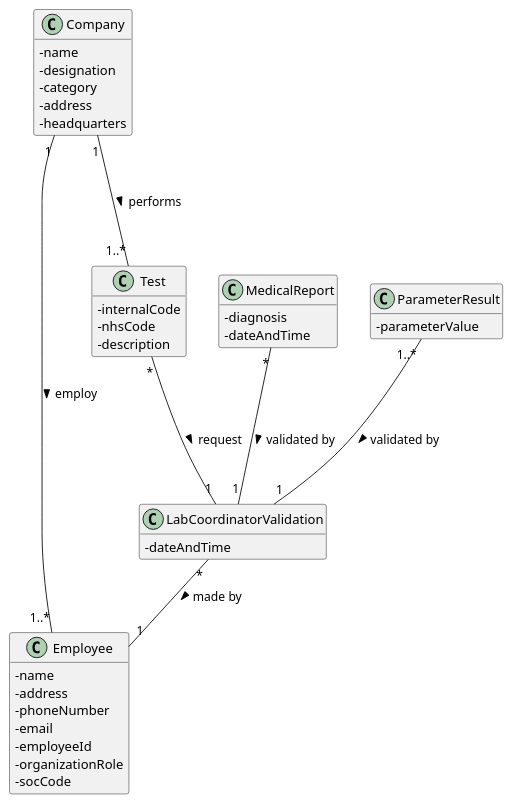
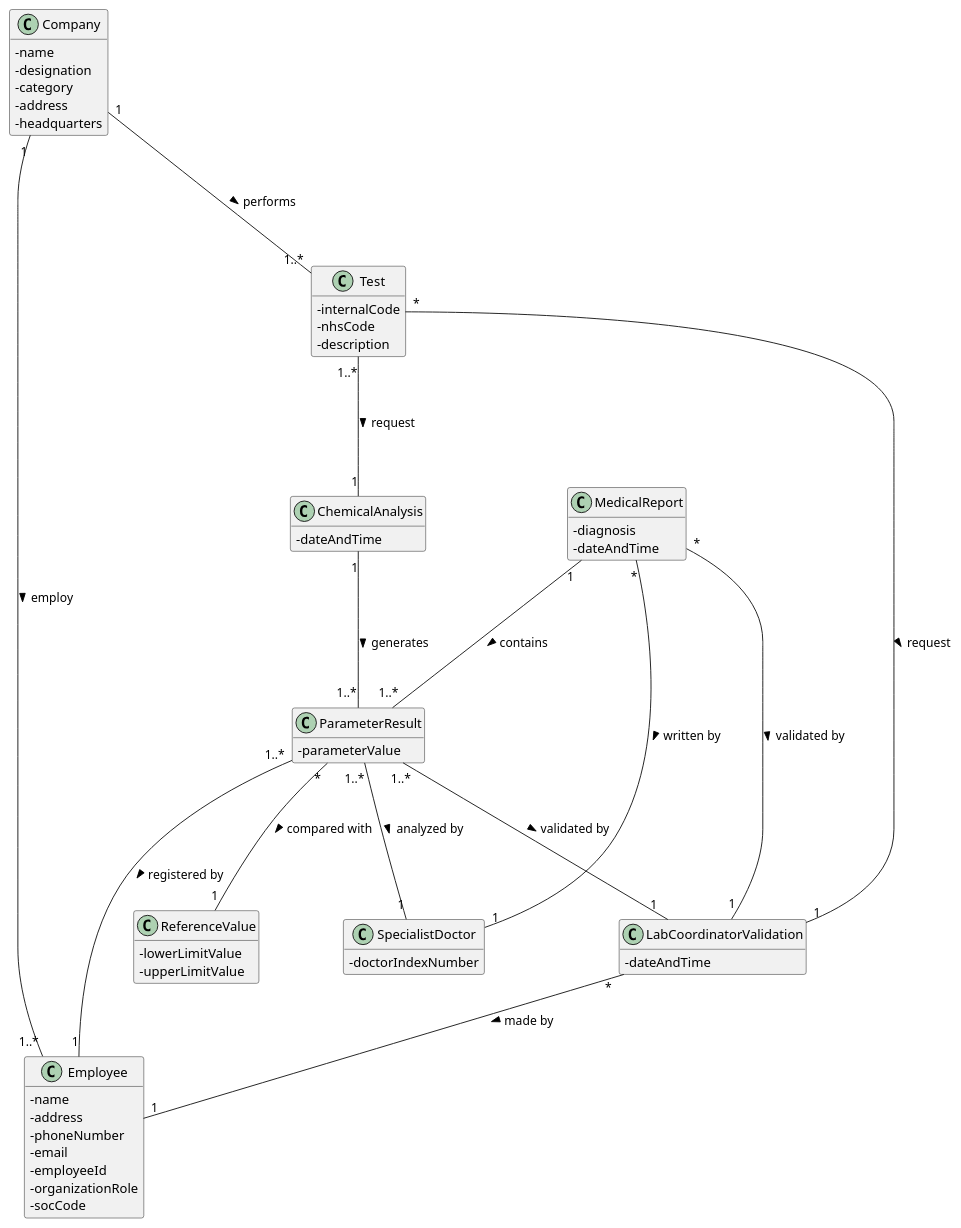
One commit to manu-07-ela/LAPR2_ISEP changed the diagram in docs/SprintC/US15/US15_DM.puml. Above: the diagram before and after it, drawn with PlantUML. The commit also changed 2 other files, not shown here.

```diff
--- a/docs/SprintC/US15/US15_DM.puml
+++ b/docs/SprintC/US15/US15_DM.puml
@@ -1,58 +1,87 @@
 @startuml
 'https://plantuml.com/class-diagram
 hide methods
 skinparam classAttributeIconSize 0
 
 class Company
 class LabCoordinatorValidation
 class Employee
+class ChemicalAnalysis
+class SpecialistDoctor
 class MedicalReport
 class ParameterResult
+class ReferenceValue
 class Test
 
 
 class Company{
 -name
 -designation
 -category
 -address
 -headquarters
 }
 
 class LabCoordinatorValidation {
 -dateAndTime
 }
 
 class Employee {
 -name
 -address
 -phoneNumber
 -email
 -employeeId
 -organizationRole
 -socCode
 }
 
+class ChemicalAnalysis{
+-dateAndTime
+}
+
+class SpecialistDoctor{
+-doctorIndexNumber
+}
+
 class MedicalReport{
 -diagnosis
 -dateAndTime
 }
 
 class ParameterResult{
 -parameterValue
 }
 
+class ReferenceValue{
+-lowerLimitValue
+-upperLimitValue
+}
+
 class Test{
 -internalCode
 -nhsCode
 -description
 }
 
+ChemicalAnalysis "1"---"1..*" ParameterResult: generates >
+
+Company "1"---"1..*" Employee : employ >
 Company "1"---"1..*" Test : performs >
-Company "1"---"1..*" Employee : employ >
-MedicalReport "*"---"1" LabCoordinatorValidation : validated by >
-Test "*" --- "1" LabCoordinatorValidation : request >
-ParameterResult "1..*"---"1" LabCoordinatorValidation : validated by >
+
 LabCoordinatorValidation "*"--"1" Employee : made by >
 
+MedicalReport "*"---"1" LabCoordinatorValidation : validated by >
+MedicalReport "1"---"1..*" ParameterResult : contains >
+MedicalReport "*"---"1" SpecialistDoctor : written by >
+
+Test "1..*" ---"1" ChemicalAnalysis : request >
+Test "*" --- "1" LabCoordinatorValidation : request >
+
+ParameterResult "1..*"---"1" Employee: registered by >
+ParameterResult "1..*"---"1" LabCoordinatorValidation : validated by >
+ParameterResult "1..*"---"1" SpecialistDoctor : analyzed by >
+ParameterResult "*"---"1" ReferenceValue : compared with >
+
+
 @enduml
```
